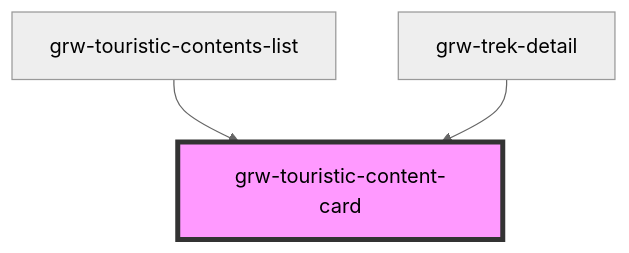
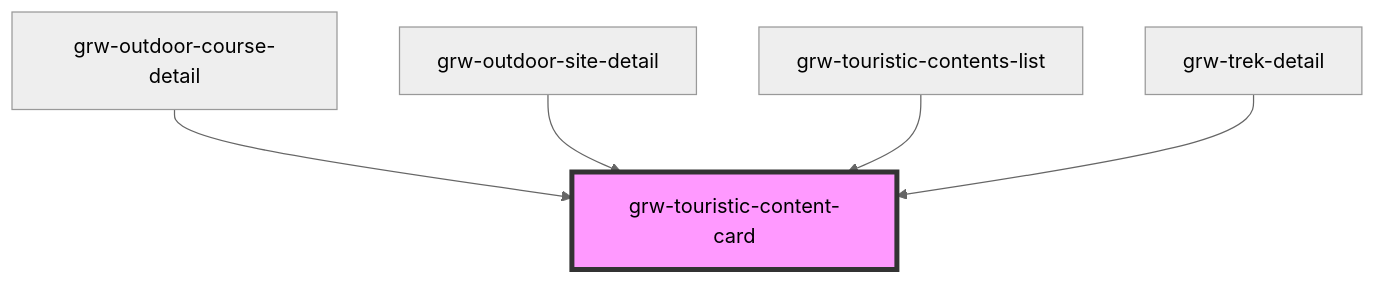
Before and after one commit to GeotrekCE/Geotrek-rando-widget: the diagram in src/components/grw-touristic-content-card/readme.md, drawn with Mermaid (neutral theme). The commit also changed other lines of this file and 66 other files, not shown here.

````diff
--- a/src/components/grw-touristic-content-card/readme.md
+++ b/src/components/grw-touristic-content-card/readme.md
@@ -56,6 +58,8 @@
 ```mermaid
 graph TD;
+  grw-outdoor-course-detail --> grw-touristic-content-card
+  grw-outdoor-site-detail --> grw-touristic-content-card
   grw-touristic-contents-list --> grw-touristic-content-card
   grw-trek-detail --> grw-touristic-content-card
   style grw-touristic-content-card fill:#f9f,stroke:#333,stroke-width:4px
 ```
````
